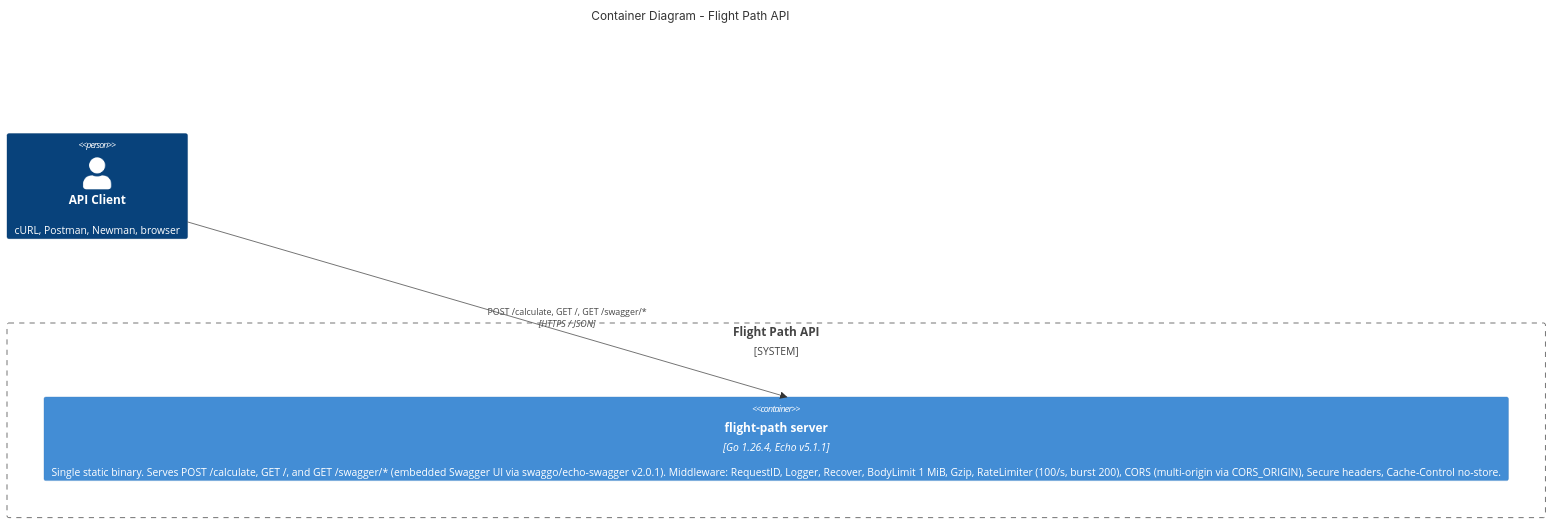
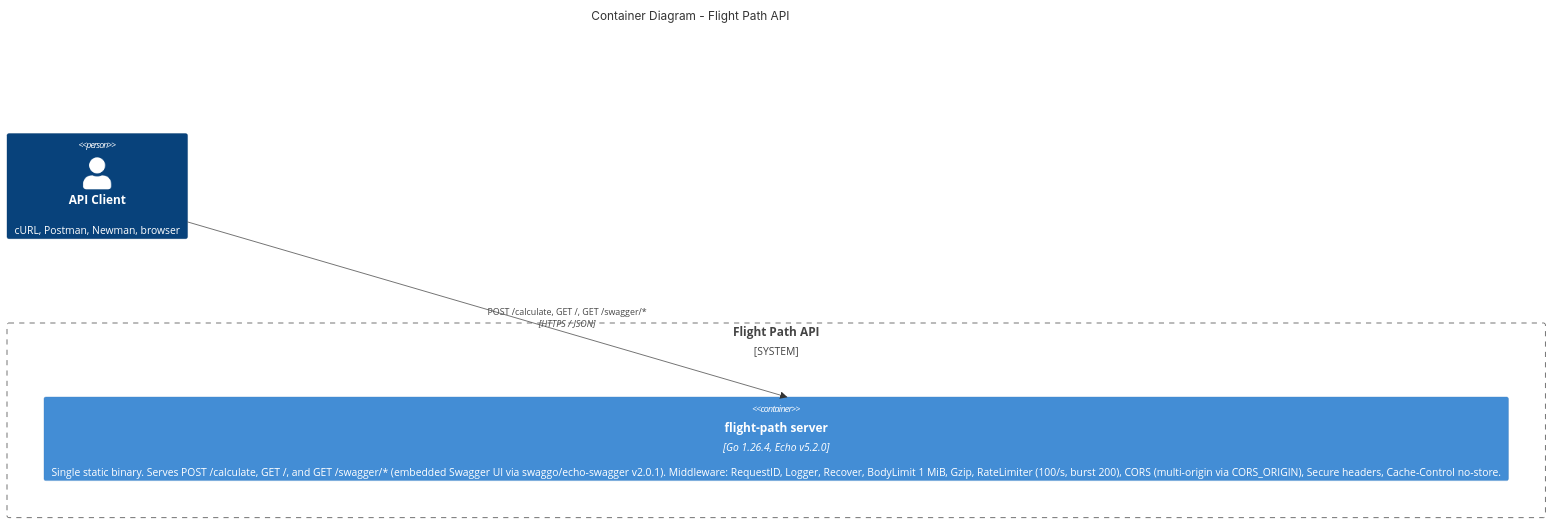
The first of 5 diagrams in docs/ARCHITECTURE.md (AndriyKalashnykov/flight-path), drawn with Mermaid before and after one commit. The commit also changed other lines of this file and 12 other files, not shown here.

````diff
--- a/docs/ARCHITECTURE.md
+++ b/docs/ARCHITECTURE.md
@@ -13,14 +13,14 @@
 ```mermaid
 C4Container
     title Container Diagram - Flight Path API
 
     Person(client, "API Client", "cURL, Postman, Newman, browser")
 
     System_Boundary(api, "Flight Path API") {
-        Container(server, "flight-path server", "Go 1.26.4, Echo v5.1.1", "Single static binary. Serves POST /calculate, GET /, and GET /swagger/* (embedded Swagger UI via swaggo/echo-swagger v2.0.1). Middleware: RequestID, Logger, Recover, BodyLimit 1 MiB, Gzip, RateLimiter (100/s, burst 200), CORS (multi-origin via CORS_ORIGIN), Secure headers, Cache-Control no-store.")
+        Container(server, "flight-path server", "Go 1.26.4, Echo v5.2.0", "Single static binary. Serves POST /calculate, GET /, and GET /swagger/* (embedded Swagger UI via swaggo/echo-swagger v2.0.1). Middleware: RequestID, Logger, Recover, BodyLimit 1 MiB, Gzip, RateLimiter (100/s, burst 200), CORS (multi-origin via CORS_ORIGIN), Secure headers, Cache-Control no-store.")
     }
 
     Rel(client, server, "POST /calculate, GET /, GET /swagger/*", "HTTPS / JSON")
 
     UpdateLayoutConfig($showLegend="true")
 ```
````
